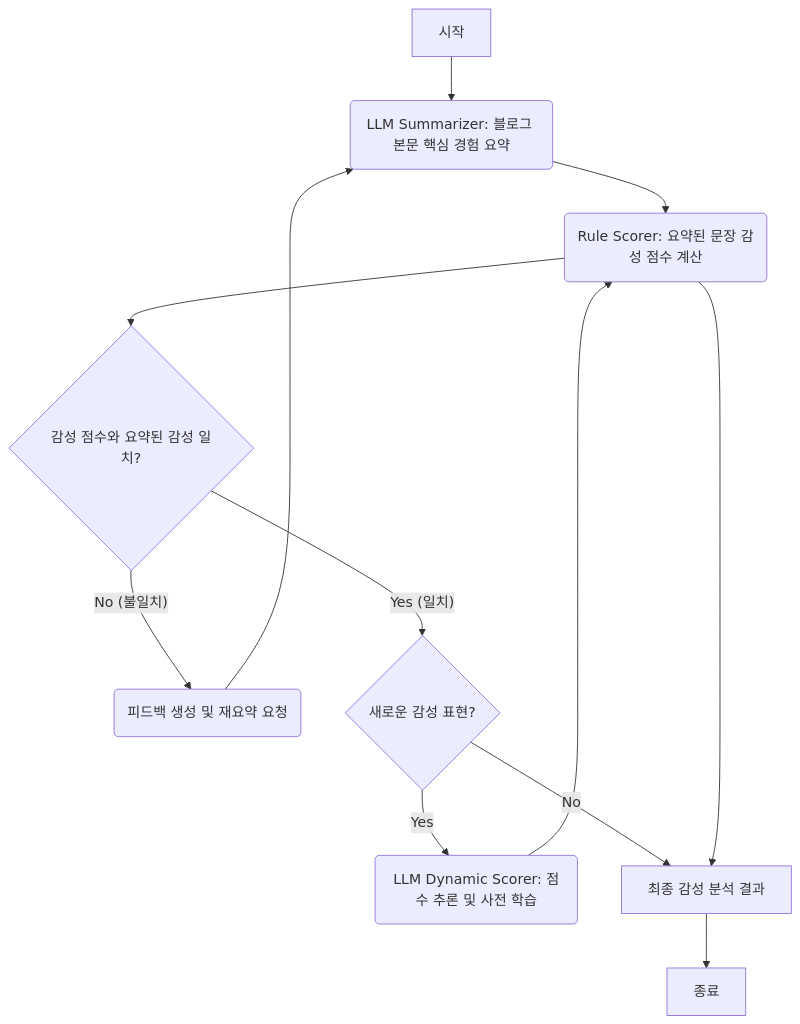
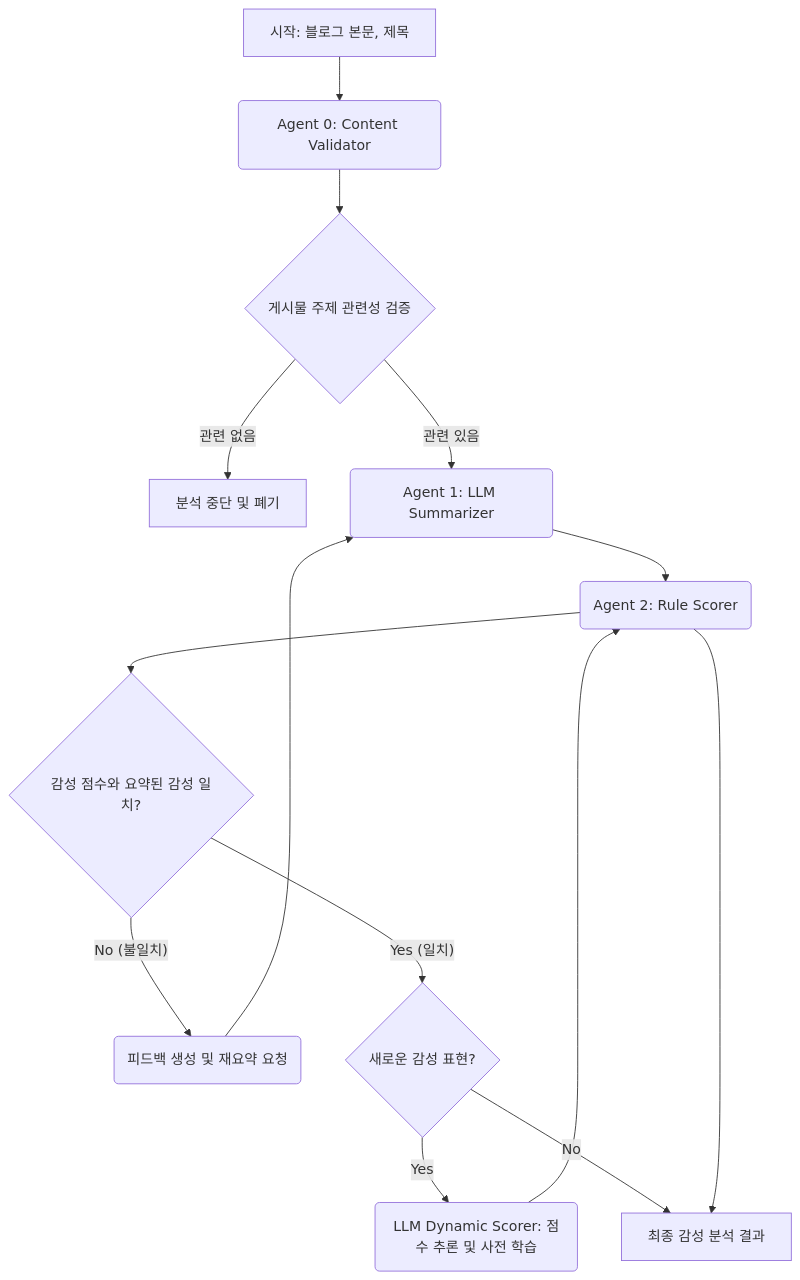
One commit to gayoonchoi/GradioNaverSentiment changed the diagram in README.md. Above: the diagram before and after it, drawn with Mermaid. The commit also changed other lines of this file and 25 other files, not shown here.

````diff
--- a/README.md
+++ b/README.md
@@ -41,14 +44,16 @@
 ```mermaid
 graph TD
-    A[시작] --> B(LLM Summarizer: 블로그 본문 핵심 경험 요약);
-    B --> C(Rule Scorer: 요약된 문장 감성 점수 계산);
-    C --> D{감성 점수와 요약된 감성 일치?};
-    D -- No (불일치) --> E(피드백 생성 및 재요약 요청);
-    E --> B;
-    D -- Yes (일치) --> F{새로운 감성 표현?};
-    F -- Yes --> G(LLM Dynamic Scorer: 점수 추론 및 사전 학습);
-    G --> C;
-    F -- No --> H[최종 감성 분석 결과];
-    C --> H;
-    H --> I[종료];
+    A[시작: 블로그 본문, 제목] --> B(Agent 0: Content Validator);
+    B --> C{게시물 주제 관련성 검증};
+    C -- 관련 없음 --> D[분석 중단 및 폐기];
+    C -- 관련 있음 --> E(Agent 1: LLM Summarizer);
+    E --> F(Agent 2: Rule Scorer);
+    F --> G{감성 점수와 요약된 감성 일치?};
+    G -- No (불일치) --> H(피드백 생성 및 재요약 요청);
+    H --> E;
+    G -- Yes (일치) --> I{새로운 감성 표현?};
+    I -- Yes --> J(LLM Dynamic Scorer: 점수 추론 및 사전 학습);
+    J --> F;
+    I -- No --> K[최종 감성 분석 결과];
+    F --> K;
 ```
````
